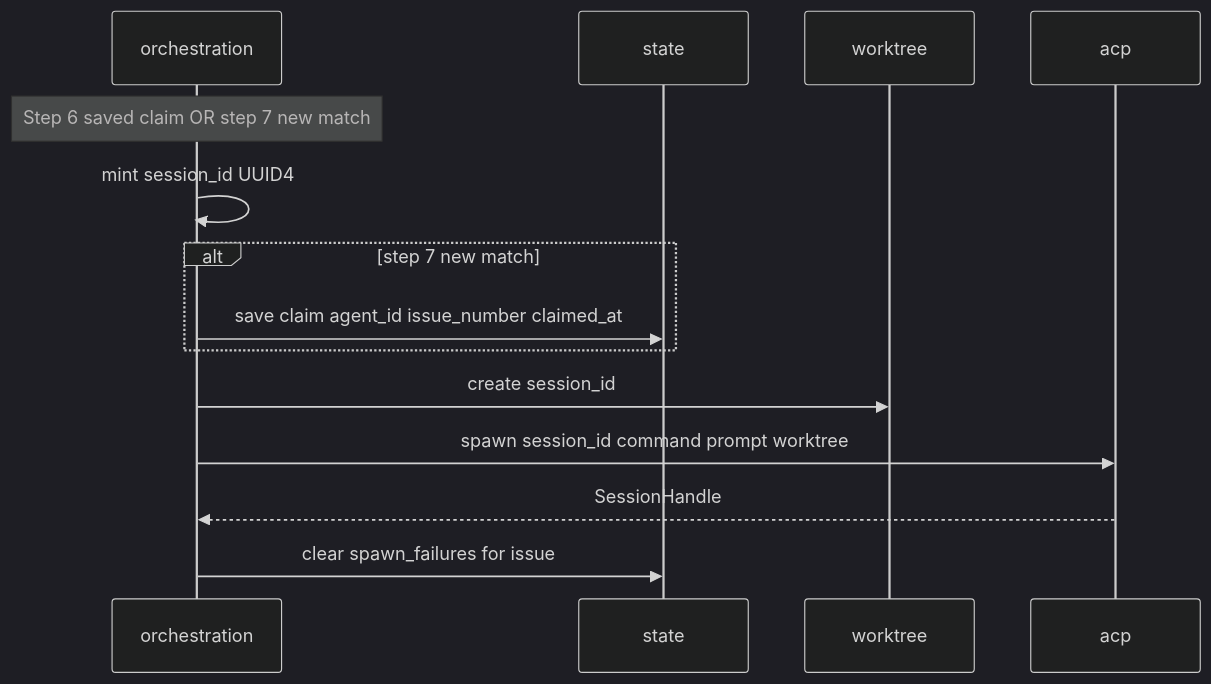
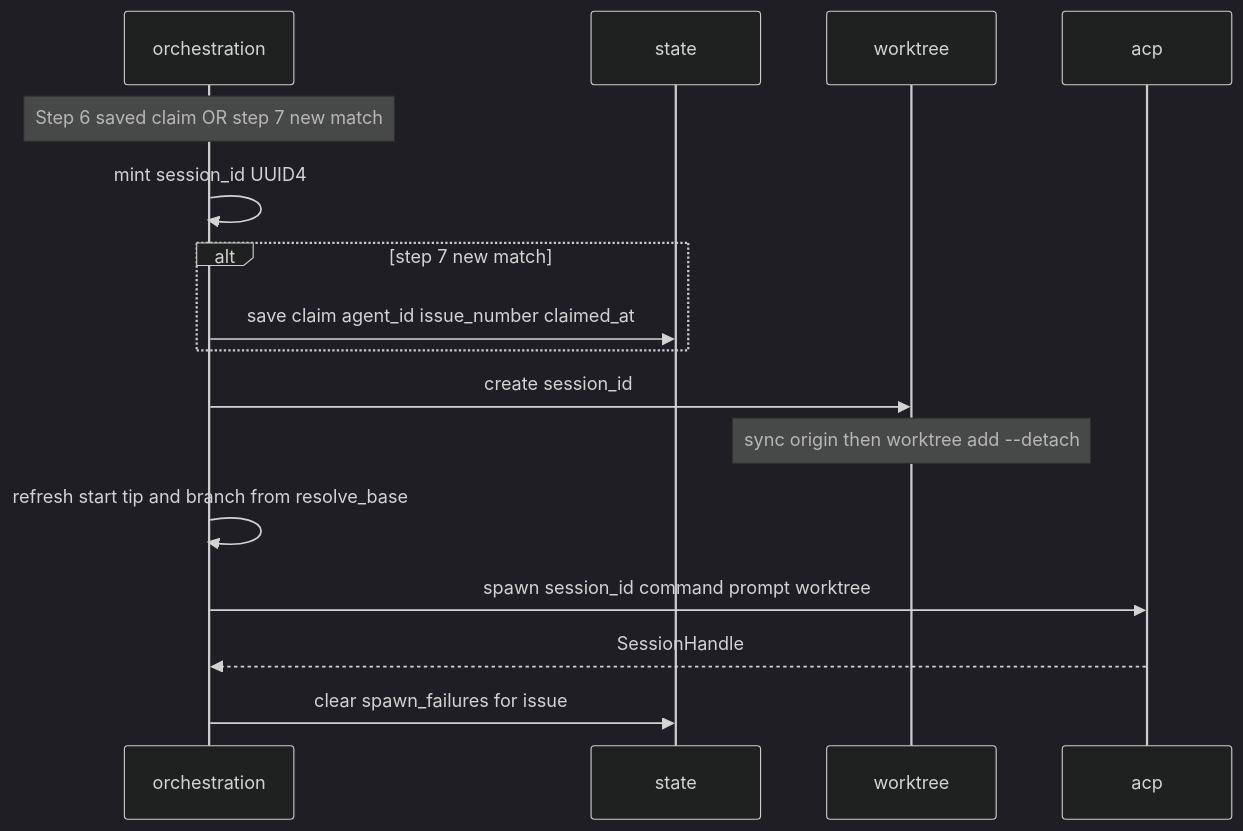
The third of 6 diagrams in spec/design/sequences.md (waigore/orkie), drawn with Mermaid (dark theme) before and after one commit. The commit also changed other lines of this file and 21 other files, not shown here.

First line of the commit message:
Sync start checkout to origin before each agent worktree spawn.

````diff
--- a/spec/design/sequences.md
+++ b/spec/design/sequences.md
@@ -111,17 +111,19 @@
 ```mermaid
 sequenceDiagram
   participant Orch as orchestration
   participant St as state
   participant Wt as worktree
   participant Acp as acp
 
   Note over Orch: Step 6 saved claim OR step 7 new match
   Orch->>Orch: mint session_id UUID4
   alt step 7 new match
     Orch->>St: save claim agent_id issue_number claimed_at
   end
   Orch->>Wt: create session_id
+  Note over Wt: sync origin then worktree add --detach
+  Orch->>Orch: refresh start tip and branch from resolve_base
   Orch->>Acp: spawn session_id command prompt worktree
   Acp-->>Orch: SessionHandle
   Orch->>St: clear spawn_failures for issue
 ```
````
